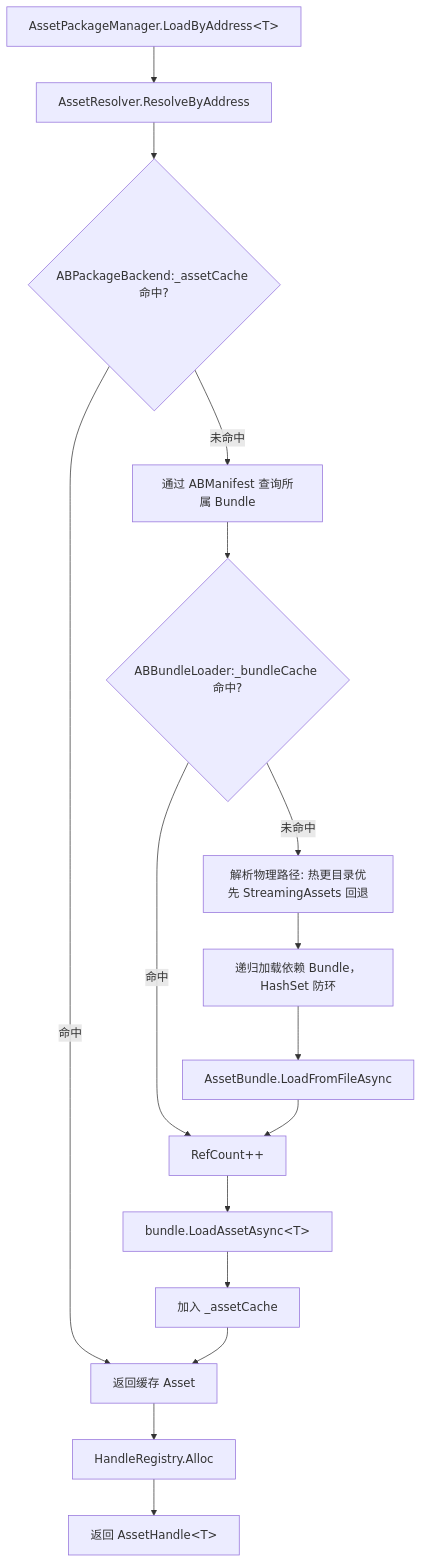
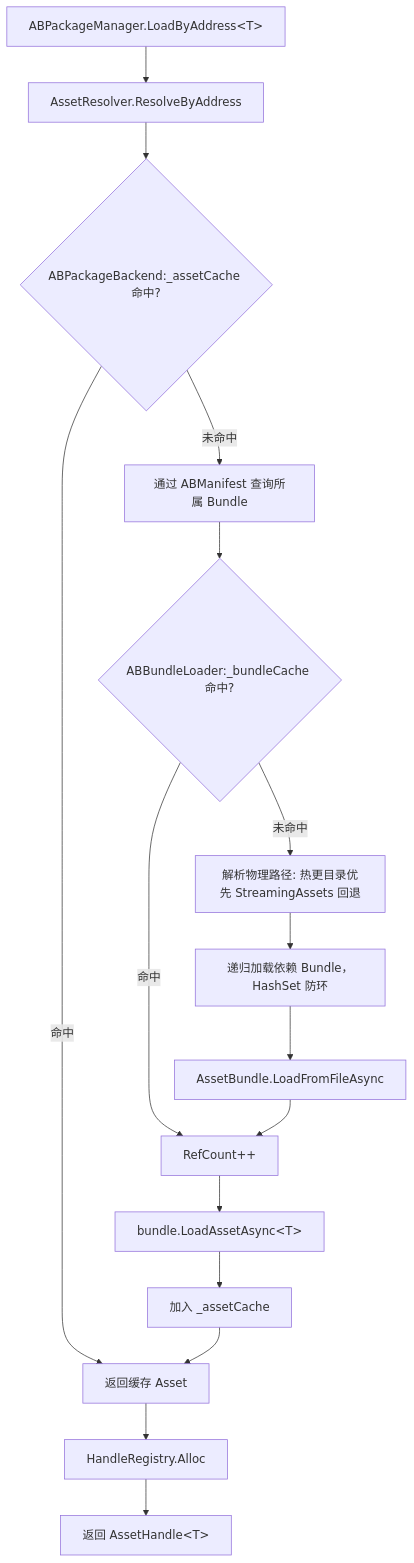
One commit to gitfirehappy/XLuaHotfix changed the first of 3 diagrams in docs/FYAsset/ab-runtime-运行时加载.md. Above: the diagram before and after it, drawn with Mermaid. The commit also changed other lines of this file and 502 other files, not shown here.

````diff
--- a/docs/FYAsset/ab-runtime-运行时加载.md
+++ b/docs/FYAsset/ab-runtime-运行时加载.md
@@ -80,22 +81,22 @@
 ```mermaid
 flowchart TD
-    A[AssetPackageManager.LoadByAddress&lt;T&gt;] --> B[AssetResolver.ResolveByAddress]
+    A[ABPackageManager.LoadByAddress&lt;T&gt;] --> B[AssetResolver.ResolveByAddress]
     B --> C{ABPackageBackend:_assetCache 命中?}
 
     C -->|命中| D[返回缓存 Asset]
     C -->|未命中| E[通过 ABManifest 查询所属 Bundle]
     E --> F{ABBundleLoader:_bundleCache 命中?}
 
     F -->|命中| G[RefCount++]
     F -->|未命中| H[解析物理路径: 热更目录优先 StreamingAssets 回退]
     H --> I[递归加载依赖 Bundle，HashSet 防环]
     I --> J[AssetBundle.LoadFromFileAsync]
     J --> G
 
     G --> K[bundle.LoadAssetAsync&lt;T&gt;]
     K --> L[加入 _assetCache]
     L --> D
 
     D --> M[HandleRegistry.Alloc]
     M --> N[返回 AssetHandle&lt;T&gt;]
 ```
````
